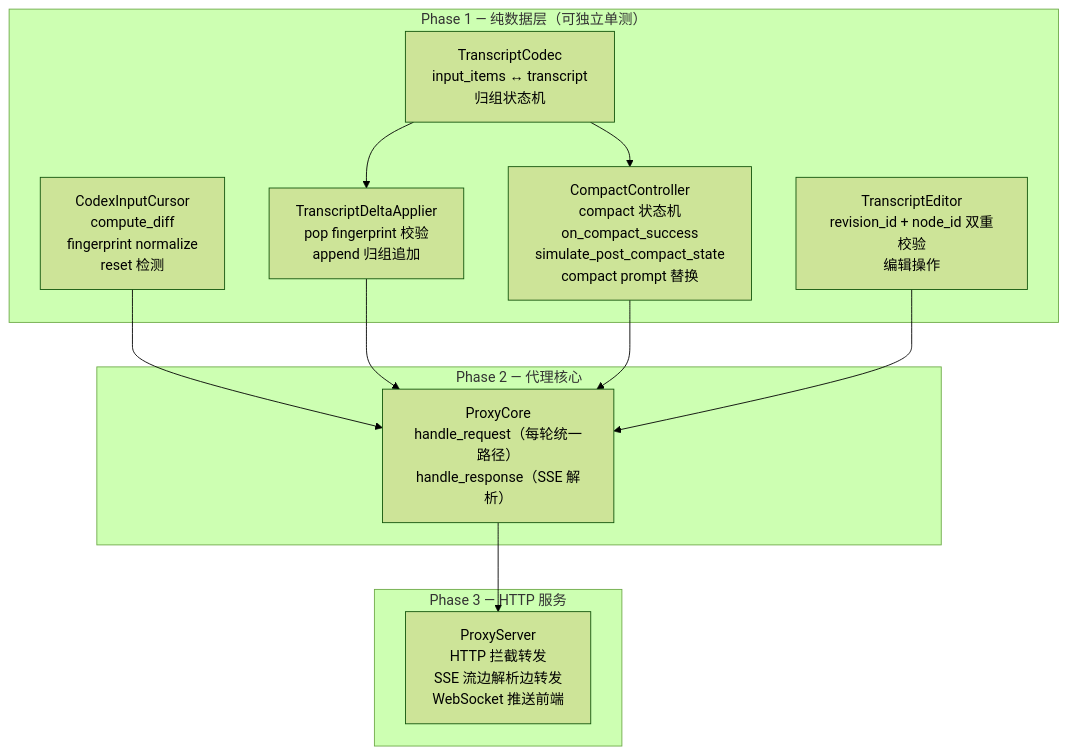
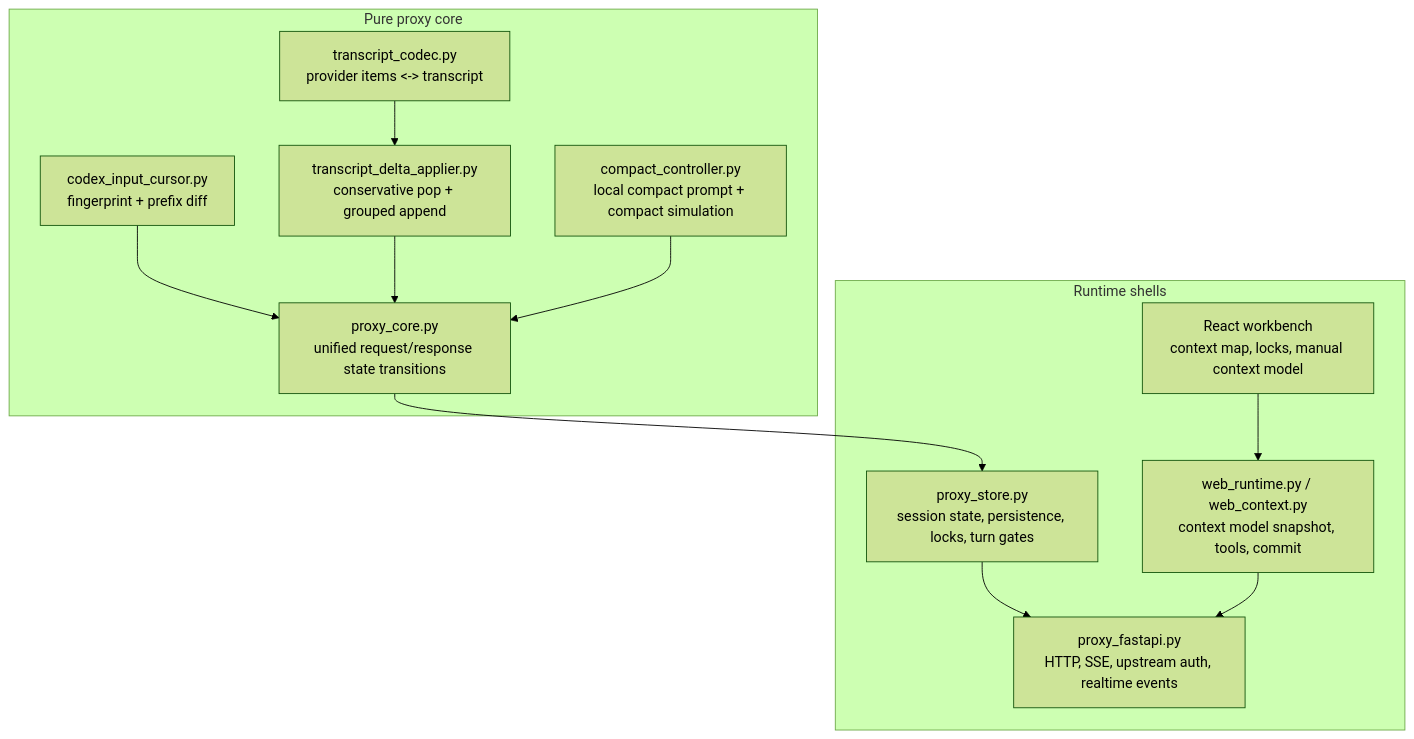
Before and after one commit to HaShiShark/codex-context-studio: the sixth of 7 diagrams in docs/architecture.md, drawn with Mermaid (forest theme). The commit also changed other lines of this file and 48 other files, not shown here.

````diff
--- a/docs/architecture.md
+++ b/docs/architecture.md
@@ -132,26 +151,26 @@
 ```mermaid
 flowchart TB
-    subgraph PH1["Phase 1 — 纯数据层（可独立单测）"]
-        TC["TranscriptCodec\ninput_items ↔ transcript\n归组状态机"]
-        CI["CodexInputCursor\ncompute_diff\nfingerprint normalize\nreset 检测"]
-        DA["TranscriptDeltaApplier\npop fingerprint 校验\nappend 归组追加"]
-        CO["CompactController\ncompact 状态机\non_compact_success\nsimulate_post_compact_state\ncompact prompt 替换"]
-        TE["TranscriptEditor\nrevision_id + node_id 双重校验\n编辑操作"]
+    subgraph Core["Pure proxy core"]
+        TC["transcript_codec.py\nprovider items <-> transcript"]
+        CI["codex_input_cursor.py\nfingerprint + prefix diff"]
+        DA["transcript_delta_applier.py\nconservative pop + grouped append"]
+        CO["compact_controller.py\nlocal compact prompt + compact simulation"]
+        PC["proxy_core.py\nunified request/response state transitions"]
     end
 
-    subgraph PH2["Phase 2 — 代理核心"]
-        PC["ProxyCore\nhandle_request（每轮统一路径）\nhandle_response（SSE 解析）"]
-    end
-
-    subgraph PH3["Phase 3 — HTTP 服务"]
-        PS["ProxyServer\nHTTP 拦截转发\nSSE 流边解析边转发\nWebSocket 推送前端"]
+    subgraph Runtime["Runtime shells"]
+        STORE["proxy_store.py\nsession state, persistence, locks, turn gates"]
+        FASTAPI["proxy_fastapi.py\nHTTP, SSE, upstream auth, realtime events"]
+        WEB["web_runtime.py / web_context.py\ncontext model snapshot, tools, commit"]
+        REACT["React workbench\ncontext map, locks, manual context model"]
     end
 
     TC --> DA
-    TC --> CO
     CI --> PC
     DA --> PC
     CO --> PC
-    TE --> PC
-    PC --> PS
+    PC --> STORE
+    STORE --> FASTAPI
+    WEB --> FASTAPI
+    REACT --> WEB
 ```
````
